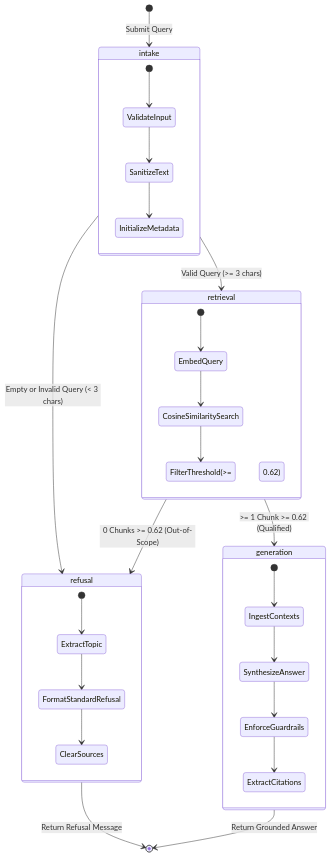
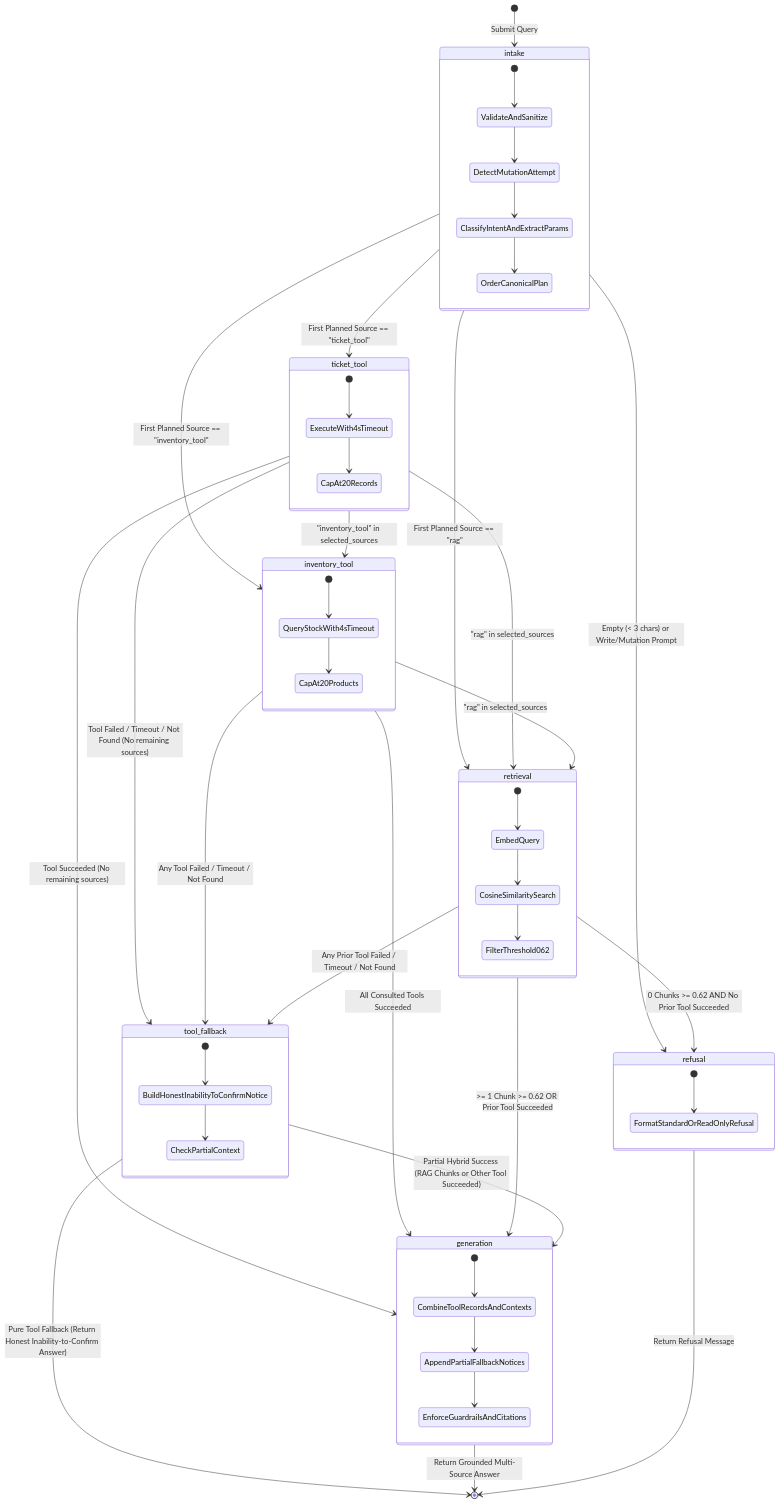
Before and after one commit to 4GeeksAcademy/aie-pt-3-ai-engineering-company-project-monorepo-Francisco_Patrick: the first of 2 diagrams in specs/027-support-agent-langgraph/data-model.md, drawn with Mermaid. The commit also changed other lines of this file and 9 other files, not shown here.

````diff
--- a/specs/027-support-agent-langgraph/data-model.md
+++ b/specs/027-support-agent-langgraph/data-model.md
@@ -138,38 +223,66 @@
 ```mermaid
 stateDiagram-v2
     [*] --> intake: Submit Query
 
     state intake {
-        [*] --> ValidateInput
-        ValidateInput --> SanitizeText
-        SanitizeText --> InitializeMetadata
+        [*] --> ValidateAndSanitize
+        ValidateAndSanitize --> DetectMutationAttempt
+        DetectMutationAttempt --> ClassifyIntentAndExtractParams
+        ClassifyIntentAndExtractParams --> OrderCanonicalPlan
     }
 
-    intake --> refusal: Empty or Invalid Query (< 3 chars)
-    intake --> retrieval: Valid Query (>= 3 chars)
+    intake --> refusal: Empty (< 3 chars) or Write/Mutation Prompt
+    intake --> ticket_tool: First Planned Source == "ticket_tool"
+    intake --> inventory_tool: First Planned Source == "inventory_tool"
+    intake --> retrieval: First Planned Source == "rag"
+
+    state ticket_tool {
+        [*] --> ExecuteWith4sTimeout
+        ExecuteWith4sTimeout --> CapAt20Records
+    }
+
+    ticket_tool --> inventory_tool: "inventory_tool" in selected_sources
+    ticket_tool --> retrieval: "rag" in selected_sources
+    ticket_tool --> tool_fallback: Tool Failed / Timeout / Not Found (No remaining sources)
+    ticket_tool --> generation: Tool Succeeded (No remaining sources)
+
+    state inventory_tool {
+        [*] --> QueryStockWith4sTimeout
+        QueryStockWith4sTimeout --> CapAt20Products
+    }
+
+    inventory_tool --> retrieval: "rag" in selected_sources
+    inventory_tool --> tool_fallback: Any Tool Failed / Timeout / Not Found
+    inventory_tool --> generation: All Consulted Tools Succeeded
 
     state retrieval {
         [*] --> EmbedQuery
         EmbedQuery --> CosineSimilaritySearch
-        CosineSimilaritySearch --> FilterThreshold(>= 0.62)
+        CosineSimilaritySearch --> FilterThreshold062
     }
 
-    retrieval --> refusal: 0 Chunks >= 0.62 (Out-of-Scope)
-    retrieval --> generation: >= 1 Chunk >= 0.62 (Qualified)
+    retrieval --> tool_fallback: Any Prior Tool Failed / Timeout / Not Found
+    retrieval --> generation: >= 1 Chunk >= 0.62 OR Prior Tool Succeeded
+    retrieval --> refusal: 0 Chunks >= 0.62 AND No Prior Tool Succeeded
+
+    state tool_fallback {
+        [*] --> BuildHonestInabilityToConfirmNotice
+        BuildHonestInabilityToConfirmNotice --> CheckPartialContext
+    }
+
+    tool_fallback --> generation: Partial Hybrid Success (RAG Chunks or Other Tool Succeeded)
+    tool_fallback --> [*]: Pure Tool Fallback (Return Honest Inability-to-Confirm Answer)
 
     state generation {
-        [*] --> IngestContexts
-        IngestContexts --> SynthesizeAnswer
-        SynthesizeAnswer --> EnforceGuardrails
-        EnforceGuardrails --> ExtractCitations
+        [*] --> CombineToolRecordsAndContexts
+        CombineToolRecordsAndContexts --> AppendPartialFallbackNotices
+        AppendPartialFallbackNotices --> EnforceGuardrailsAndCitations
     }
 
     state refusal {
-        [*] --> ExtractTopic
-        ExtractTopic --> FormatStandardRefusal
-        FormatStandardRefusal --> ClearSources
+        [*] --> FormatStandardOrReadOnlyRefusal
     }
 
-    generation --> [*]: Return Grounded Answer
+    generation --> [*]: Return Grounded Multi-Source Answer
     refusal --> [*]: Return Refusal Message
 ```
````
